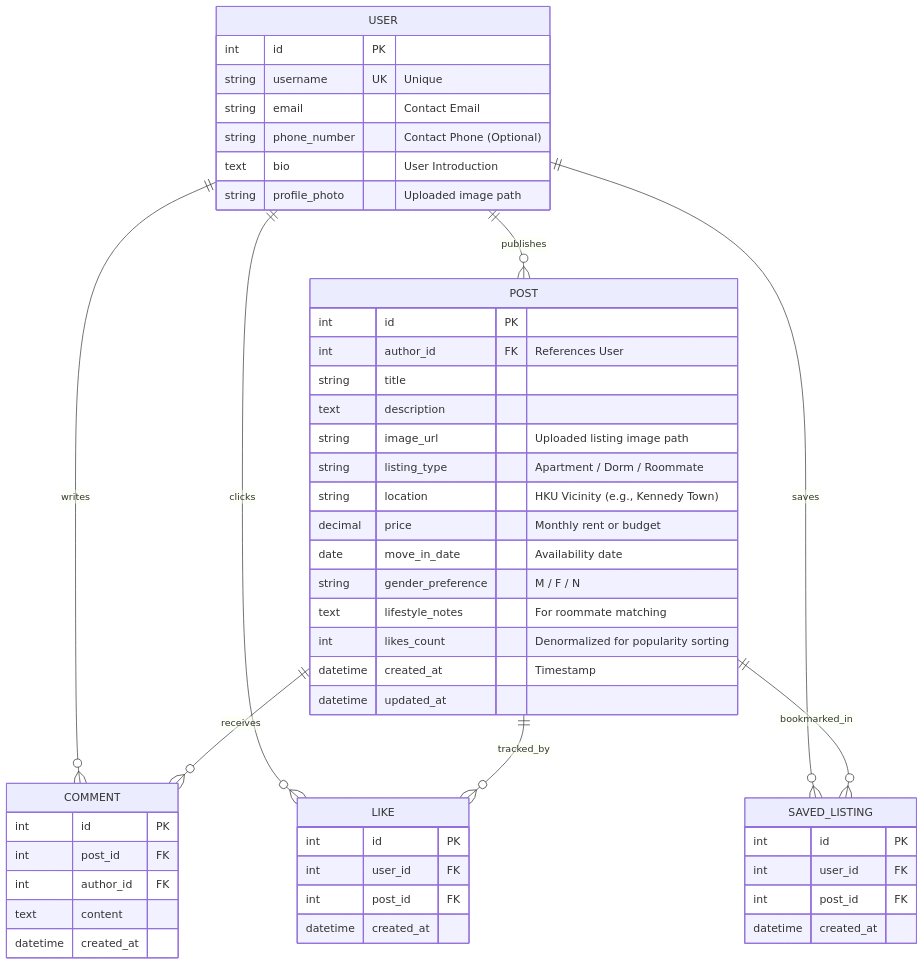
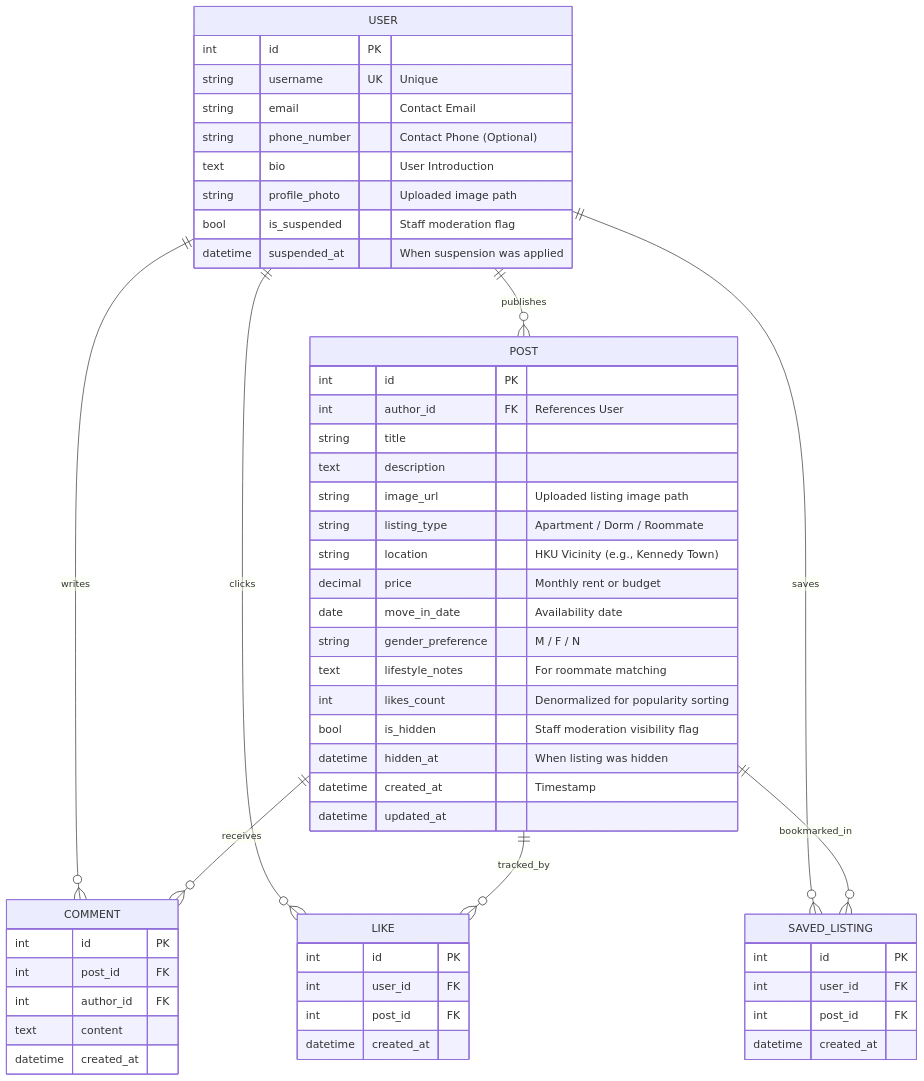
Before and after one commit to danialutegenov/roomieHKU-app: the diagram in docs/database-schema.md, drawn with Mermaid. The commit also changed other lines of this file and 5 other files, not shown here.

Commit message:
feat: implement student/dashboard backend flows and moderation coverage

````diff
--- a/docs/database-schema.md
+++ b/docs/database-schema.md
@@ -11,59 +11,63 @@
 ```mermaid
 erDiagram
     USER ||--o{ POST : "publishes"
     USER ||--o{ COMMENT : "writes"
     USER ||--o{ LIKE : "clicks"
     USER ||--o{ SAVED_LISTING : "saves"
     
     POST ||--o{ COMMENT : "receives"
     POST ||--o{ LIKE : "tracked_by"
     POST ||--o{ SAVED_LISTING : "bookmarked_in"
 
     USER {
         int id PK
         string username UK "Unique"
         string email "Contact Email"
         string phone_number "Contact Phone (Optional)"
         text bio "User Introduction"
         string profile_photo "Uploaded image path"
+        bool is_suspended "Staff moderation flag"
+        datetime suspended_at "When suspension was applied"
     }
 
     POST {
         int id PK
         int author_id FK "References User"
         string title
         text description
         string image_url "Uploaded listing image path"
         string listing_type "Apartment / Dorm / Roommate"
         string location "HKU Vicinity (e.g., Kennedy Town)"
         decimal price "Monthly rent or budget"
         date move_in_date "Availability date"
         string gender_preference "M / F / N"
         text lifestyle_notes "For roommate matching"
         int likes_count "Denormalized for popularity sorting"
+        bool is_hidden "Staff moderation visibility flag"
+        datetime hidden_at "When listing was hidden"
         datetime created_at "Timestamp"
         datetime updated_at
     }
 
     COMMENT {
         int id PK
         int post_id FK
         int author_id FK
         text content
         datetime created_at
     }
 
     LIKE {
         int id PK
         int user_id FK
         int post_id FK
         datetime created_at
     }
 
     SAVED_LISTING {
         int id PK
         int user_id FK
         int post_id FK
         datetime created_at
     }
 ```
````
